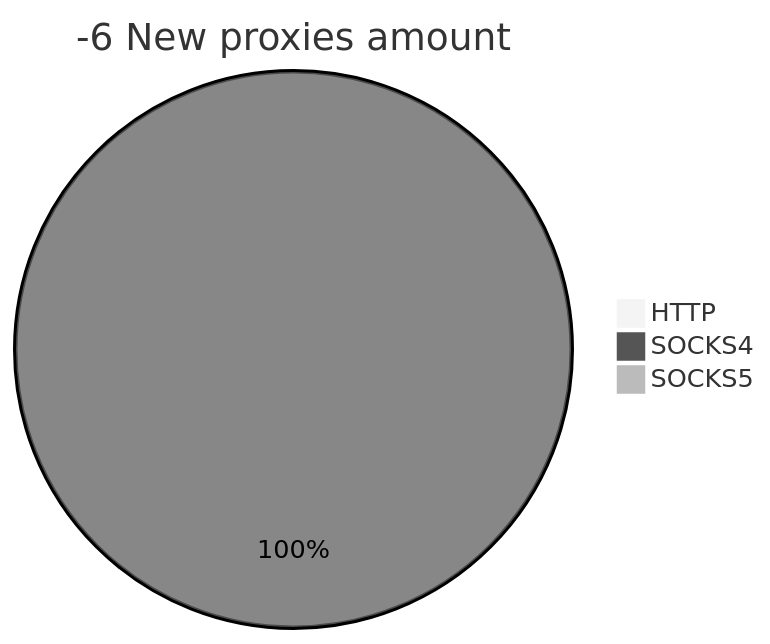
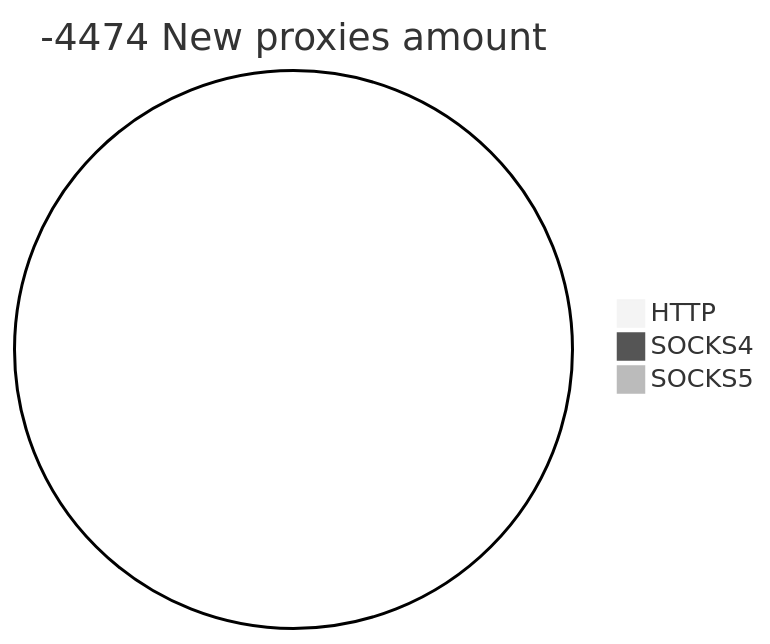
The second of 2 diagrams in README.md (cutipu/proxylist), drawn with Mermaid (neutral theme) before and after one commit. The commit also changed other lines of this file, not shown here.

````diff
--- a/README.md
+++ b/README.md
@@ -10,6 +10,6 @@
 ```mermaid
-pie title -6 New proxies amount
+pie title -4474 New proxies amount
     "HTTP" : 0
-    "SOCKS4" : 1
+    "SOCKS4" : 0
     "SOCKS5" : 0
 ```
````
